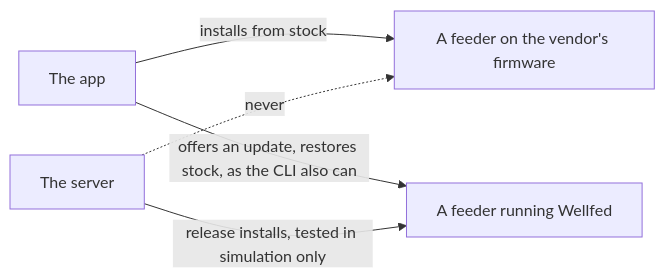
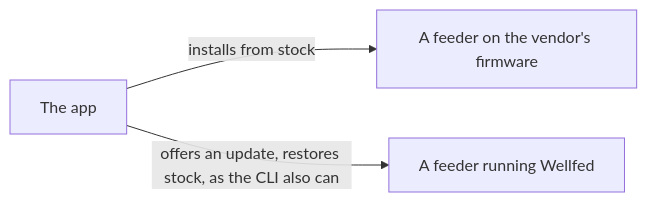
One commit to Isaac-Duarte/wellfed changed the third of 3 diagrams in docs/guide/how-it-works/system.md. Above: the diagram before and after it, drawn with Mermaid. The commit also changed other lines of this file and 40 other files, not shown here.

First line of the commit message:
Describe Wellfed as the firmware, the app and Home Assistant, with no server

````diff
--- a/docs/guide/how-it-works/system.md
+++ b/docs/guide/how-it-works/system.md
@@ -72,8 +69,6 @@
 ```mermaid
 %% svg: system-routes.svg
 flowchart LR
   front["The app"] -->|installs from stock| stock["A feeder on the vendor's firmware"]
   front -->|offers an update, restores stock, as the CLI also can| wellfed["A feeder running Wellfed"]
-  server["The server"] -->|release installs, tested in simulation only| wellfed
-  server -.->|never| stock
 ```
````
